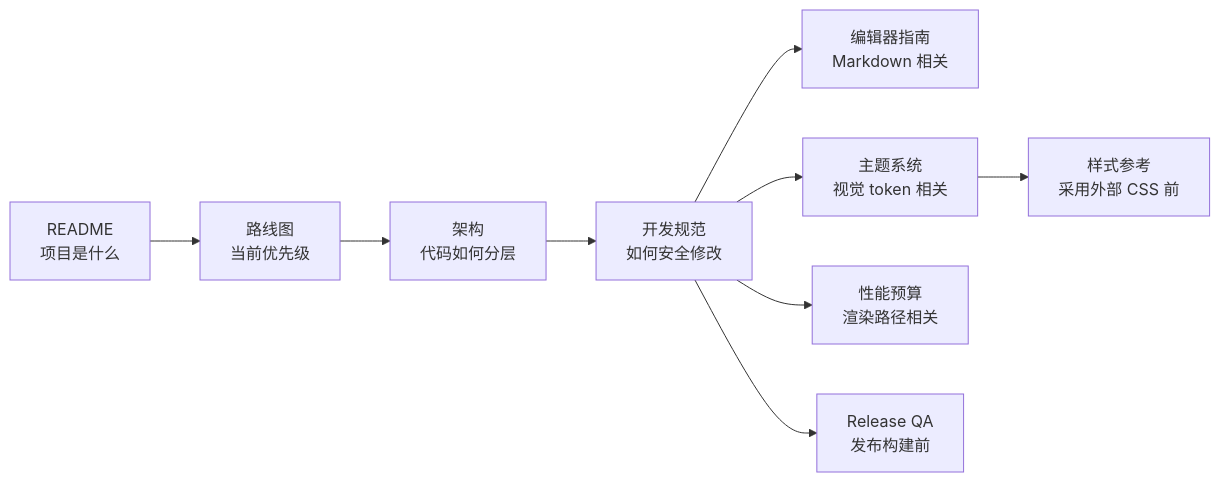
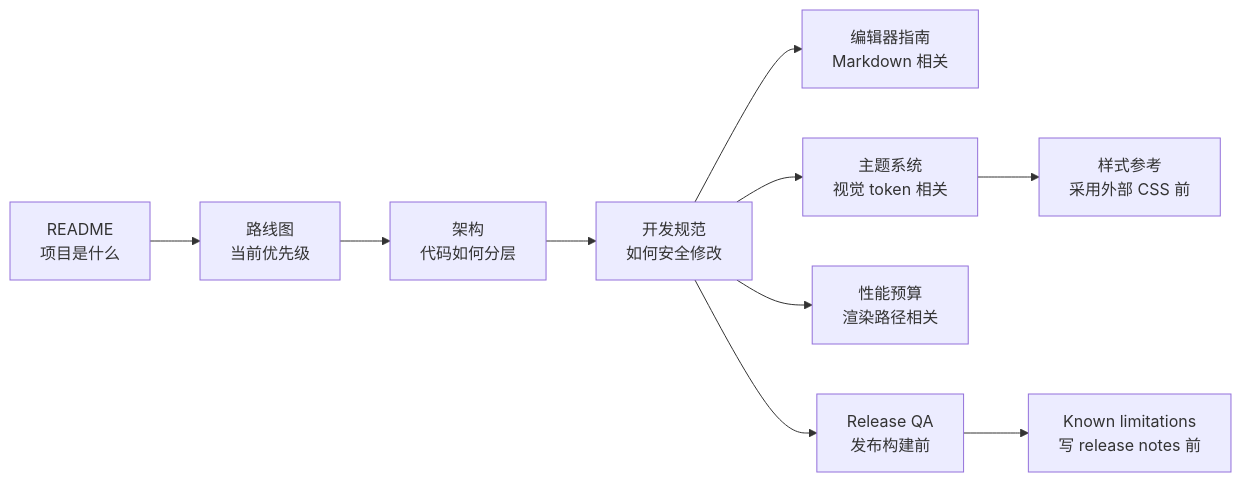
The diagram in docs/zh-CN/README.md (Youzi2233/papyro), drawn with Mermaid before and after one commit. The commit also changed other lines of this file and 7 other files, not shown here.

Commit message:
docs: document known limitations

````diff
--- a/docs/zh-CN/README.md
+++ b/docs/zh-CN/README.md
@@ -23,19 +24,21 @@
 ```mermaid
 flowchart LR
     readme["README<br/>项目是什么"]
     roadmap["路线图<br/>当前优先级"]
     architecture["架构<br/>代码如何分层"]
     development["开发规范<br/>如何安全修改"]
     editor["编辑器指南<br/>Markdown 相关"]
     themes["主题系统<br/>视觉 token 相关"]
     references["样式参考<br/>采用外部 CSS 前"]
     performance["性能预算<br/>渲染路径相关"]
     release["Release QA<br/>发布构建前"]
+    limitations["Known limitations<br/>写 release notes 前"]
 
     readme --> roadmap --> architecture --> development
     development --> editor
     development --> themes
     themes --> references
     development --> performance
     development --> release
+    release --> limitations
 ```
````
